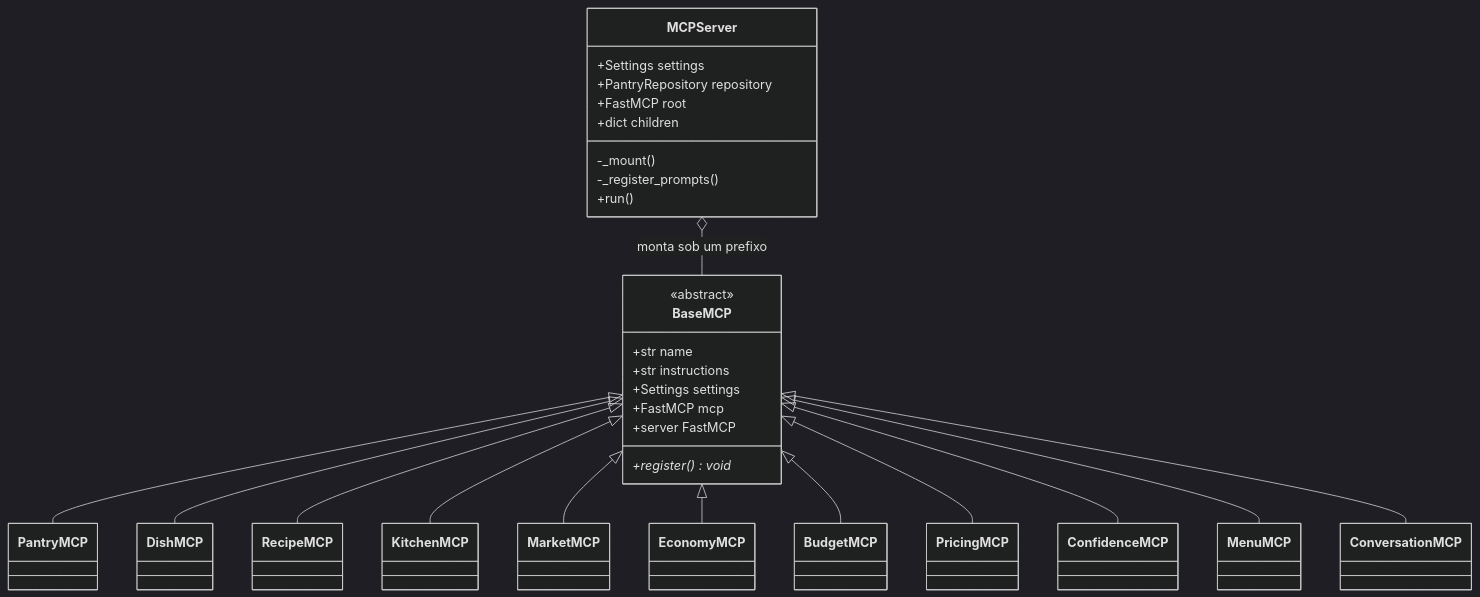
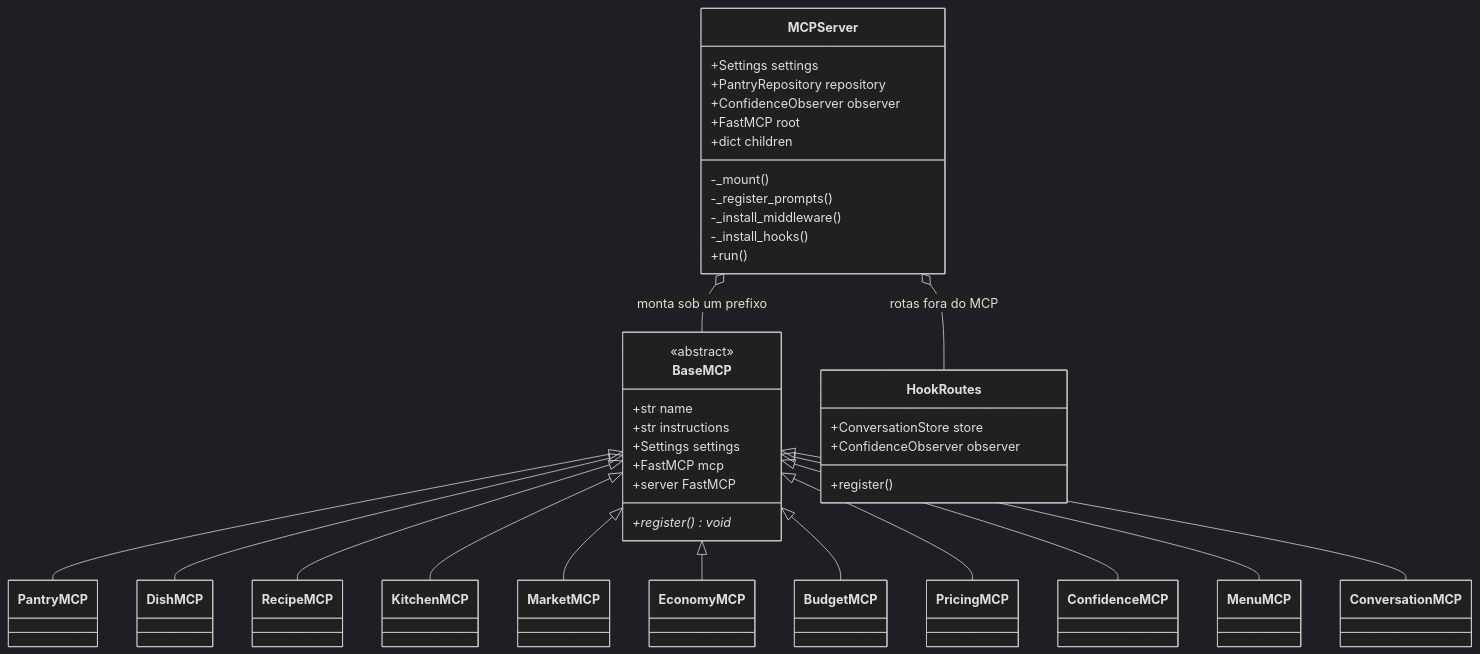
The second of 6 diagrams in docs/arquitetura.md (lrdsouza/jacquinho), drawn with Mermaid (dark theme) before and after one commit. The commit also changed other lines of this file and 10 other files, not shown here.

````diff
--- a/docs/arquitetura.md
+++ b/docs/arquitetura.md
@@ -39,33 +40,42 @@
 ```mermaid
 classDiagram
     class BaseMCP {
         <<abstract>>
         +str name
         +str instructions
         +Settings settings
         +FastMCP mcp
         +register()* void
         +server FastMCP
     }
     class MCPServer {
         +Settings settings
         +PantryRepository repository
+        +ConfidenceObserver observer
         +FastMCP root
         +dict children
         -_mount()
         -_register_prompts()
+        -_install_middleware()
+        -_install_hooks()
         +run()
+    }
+    class HookRoutes {
+        +ConversationStore store
+        +ConfidenceObserver observer
+        +register()
     }
     BaseMCP <|-- PantryMCP
     BaseMCP <|-- DishMCP
     BaseMCP <|-- RecipeMCP
     BaseMCP <|-- KitchenMCP
     BaseMCP <|-- MarketMCP
     BaseMCP <|-- EconomyMCP
     BaseMCP <|-- BudgetMCP
     BaseMCP <|-- PricingMCP
     BaseMCP <|-- ConfidenceMCP
     BaseMCP <|-- MenuMCP
     BaseMCP <|-- ConversationMCP
     MCPServer o-- BaseMCP : monta sob um prefixo
+    MCPServer o-- HookRoutes : rotas fora do MCP
 ```
````
